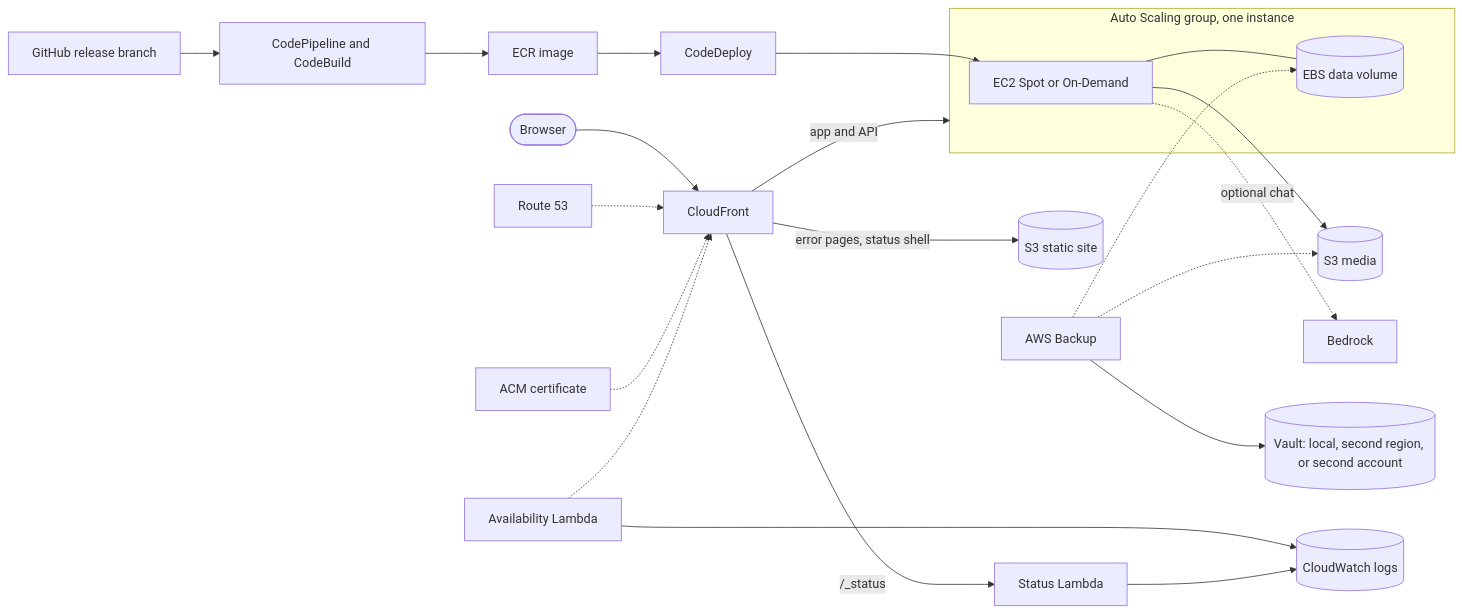
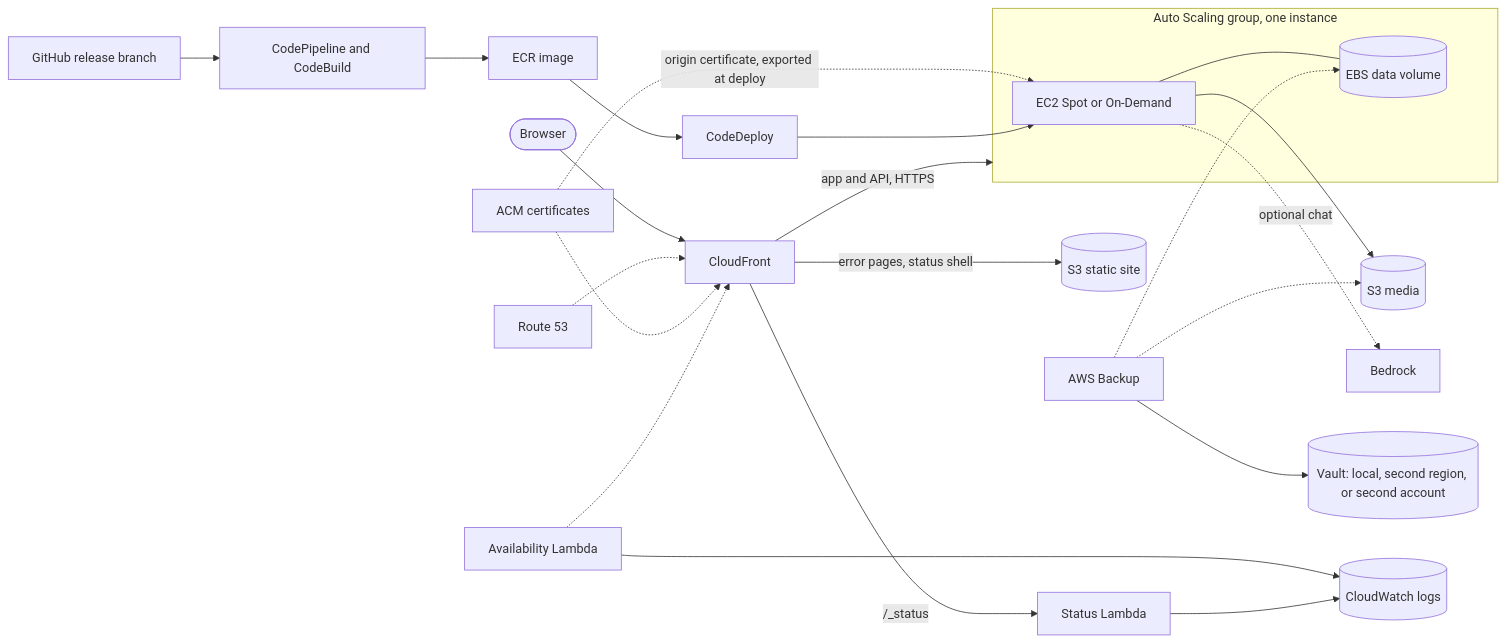
Before and after one commit to kjiwa/terraform-aws-gramps-web: the diagram in README.md, drawn with Mermaid. The commit also changed other lines of this file and 3 other files, not shown here.

Commit message:
Make the README Cost section coherent: estimated minimal column, origin certificate, current figures (#21)

````diff
--- a/README.md
+++ b/README.md
@@ -13,26 +13,27 @@
 ```mermaid
 flowchart LR
   user([Browser]) --> cf[CloudFront]
   r53[Route 53] -.-> cf
-  acm[ACM certificate] -.-> cf
-  cf -->|app and API| asg
+  acm[ACM certificates] -.-> cf
+  cf -->|app and API, HTTPS| asg
   cf -->|error pages, status shell| s3web[(S3 static site)]
   cf -->|/_status| statuslambda[Status Lambda]
   subgraph asg[Auto Scaling group, one instance]
     ec2[EC2 Spot or On-Demand]
     ebs[(EBS data volume)]
     ec2 --- ebs
   end
   ec2 --> media[(S3 media)]
+  acm -.->|origin certificate, exported at deploy| ec2
   ec2 -.->|optional chat| bedrock[Bedrock]
   gh[GitHub release branch] --> pipe[CodePipeline and CodeBuild]
   pipe --> ecr[ECR image]
   ecr --> deploy[CodeDeploy]
   deploy --> ec2
   backup[AWS Backup] -.-> ebs
   backup -.-> media
   backup --> vault[(Vault: local, second region, or second account)]
   avail[Availability Lambda] -.-> cf
   avail --> logs[(CloudWatch logs)]
   statuslambda --> logs
 ```
````
